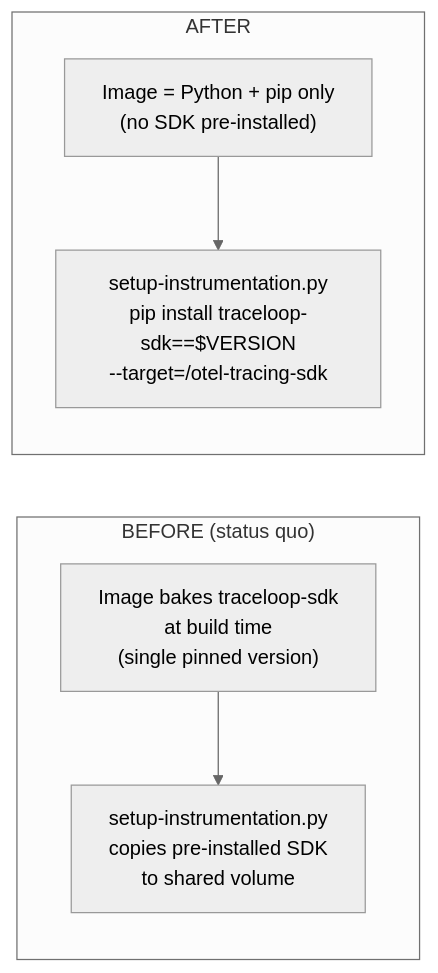
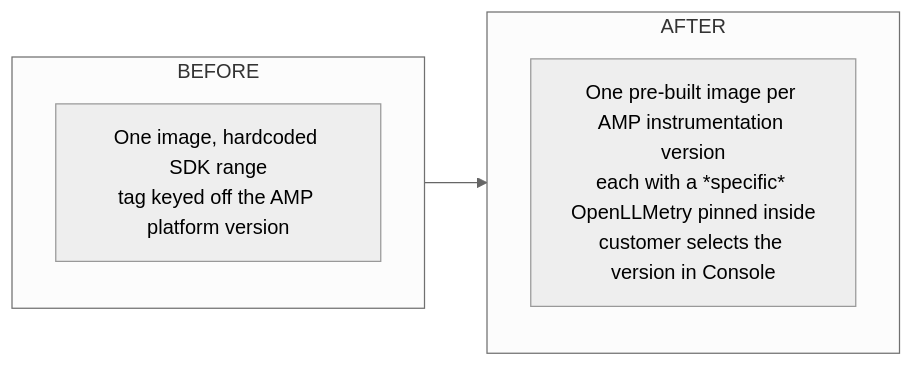
One commit to RAVEENSR/agent-manager changed the second of 5 diagrams in references/INSTRUMENTATION_REDESIGN_PROPOSAL.md. Above: the diagram before and after it, drawn with Mermaid (neutral theme). The commit also changed other lines of this file, not shown here.

First line of the commit message:
Revise auto-instrumentation proposal per design review

````diff
--- a/references/INSTRUMENTATION_REDESIGN_PROPOSAL.md
+++ b/references/INSTRUMENTATION_REDESIGN_PROPOSAL.md
@@ -92,14 +102,10 @@
 ```mermaid
 flowchart LR
-    subgraph Before["BEFORE (status quo)"]
-        B1["Image bakes traceloop-sdk<br/>at build time<br/>(single pinned version)"]
-        B2["setup-instrumentation.py<br/>copies pre-installed SDK<br/>to shared volume"]
-        B1 --> B2
+    subgraph Before["BEFORE"]
+        B1["One image, hardcoded SDK range<br/>tag keyed off the AMP platform version"]
     end
-
     subgraph After["AFTER"]
-        A1["Image = Python + pip only<br/>(no SDK pre-installed)"]
-        A2["setup-instrumentation.py<br/>pip install traceloop-sdk==$VERSION<br/>--target=/otel-tracing-sdk"]
-        A1 --> A2
+        A1["One pre-built image per AMP instrumentation version<br/>each with a *specific* OpenLLMetry pinned inside<br/>customer selects the version in Console"]
     end
+    Before --> After
 ```
````
